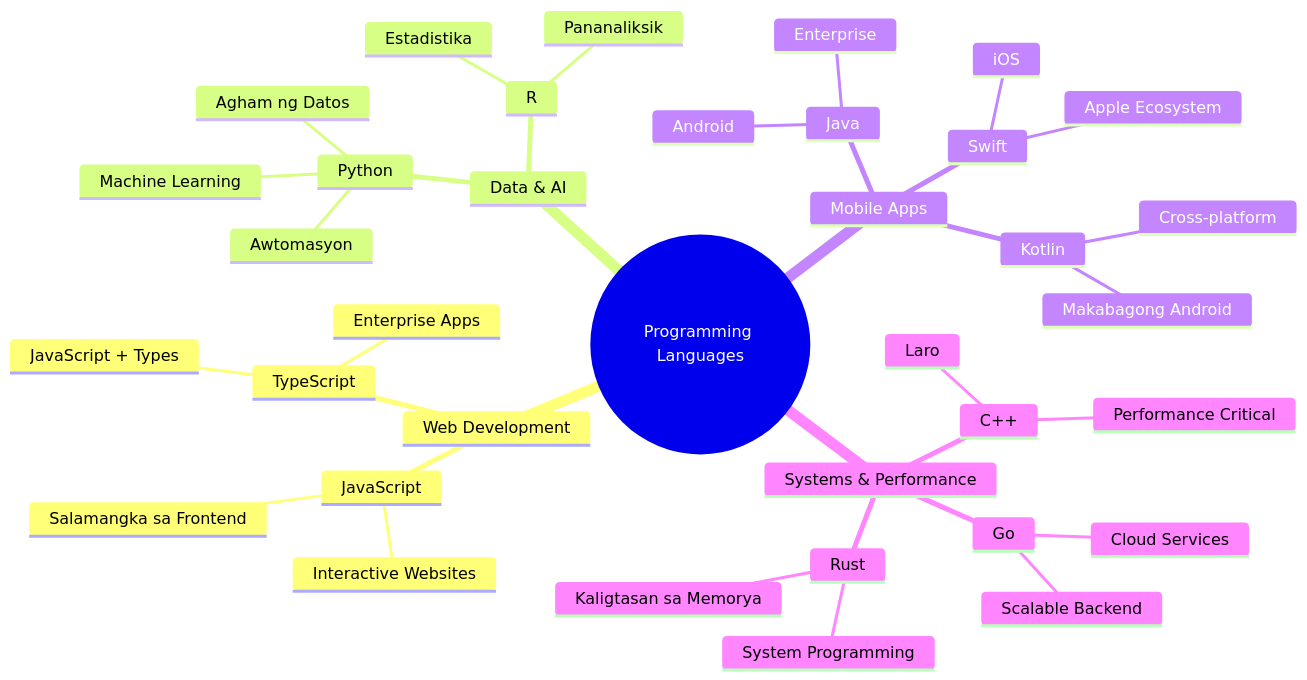
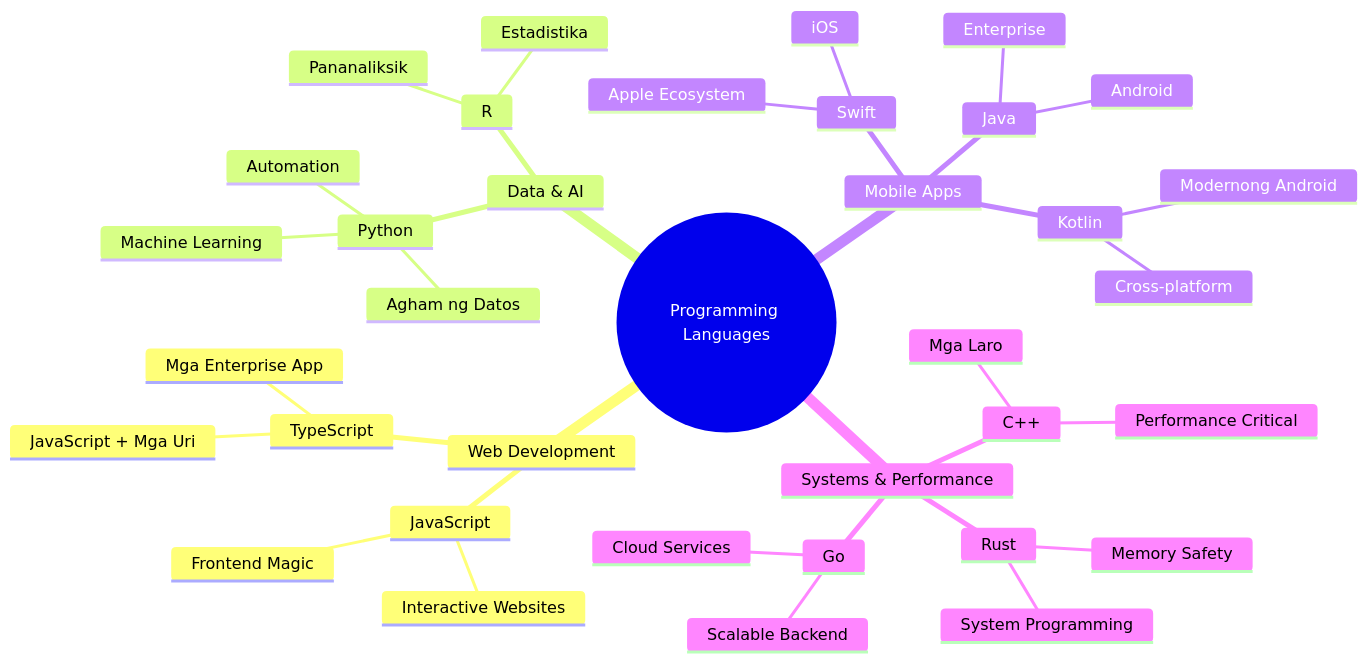
One commit to microsoft/Web-Dev-For-Beginners changed the second of 7 diagrams in translations/tl/1-getting-started-lessons/1-intro-to-programming-languages/README.md. Above: the diagram before and after it, drawn with Mermaid. The commit also changed other lines of this file and 8 other files, not shown here.

````diff
--- a/translations/tl/1-getting-started-lessons/1-intro-to-programming-languages/README.md
+++ b/translations/tl/1-getting-started-lessons/1-intro-to-programming-languages/README.md
@@ -85,39 +85,39 @@
 ```mermaid
 mindmap
   root((Programming Languages))
     Web Development
       JavaScript
-        Salamangka sa Frontend
+        Frontend Magic
         Interactive Websites
       TypeScript
-        JavaScript + Types
-        Enterprise Apps
+        JavaScript + Mga Uri
+        Mga Enterprise App
     Data & AI
       Python
         Agham ng Datos
         Machine Learning
-        Awtomasyon
+        Automation
       R
         Estadistika
         Pananaliksik
     Mobile Apps
       Java
         Android
         Enterprise
       Swift
         iOS
         Apple Ecosystem
       Kotlin
-        Makabagong Android
+        Modernong Android
         Cross-platform
     Systems & Performance
       C++
-        Laro
+        Mga Laro
         Performance Critical
       Rust
-        Kaligtasan sa Memorya
+        Memory Safety
         System Programming
       Go
         Cloud Services
         Scalable Backend
 ```
````
